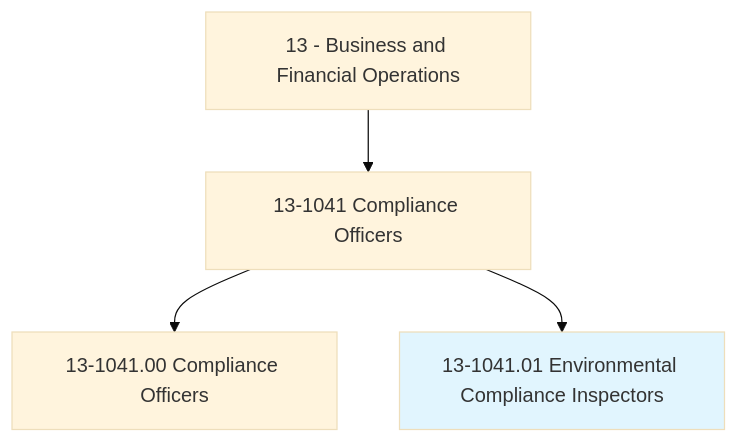
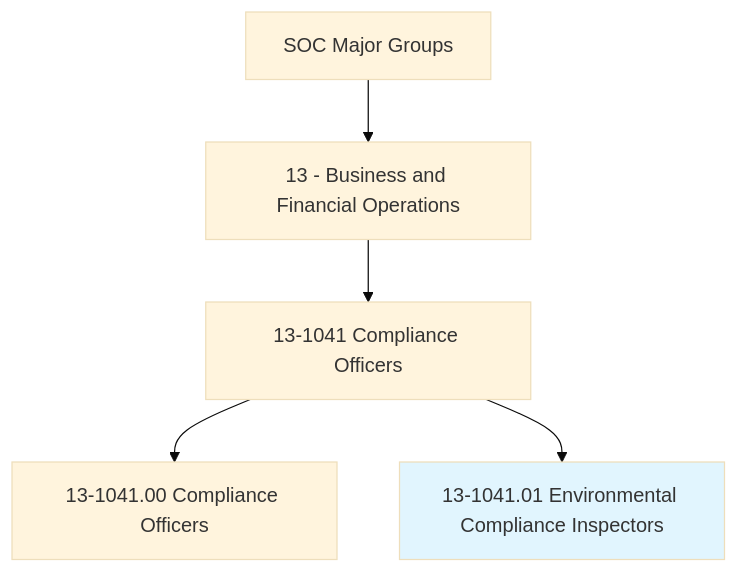
One commit to kziemski/business.org.ai changed the first of 4 diagrams in occupations/Business/EnvironmentalComplianceInspectors.mdx. Above: the diagram before and after it, drawn with Mermaid (base theme). The commit also changed other lines of this file and 938 other files, not shown here.

````diff
--- a/occupations/Business/EnvironmentalComplianceInspectors.mdx
+++ b/occupations/Business/EnvironmentalComplianceInspectors.mdx
@@ -19,7 +25,8 @@
 ```mermaid
 graph TD
-    Cat13["13 - Business and Financial Operations"] --> Group131041["13-1041 Compliance Officers"]
-    Group131041 --> Base["13-1041.00 Compliance Officers"]
-    Group131041 --> Current["13-1041.01 Environmental Compliance Inspectors"]
+    SOC["SOC Major Groups"] --> Cat13["13 - Business and Financial Operations"]
+    Cat13 --> G131041["13-1041 Compliance Officers"]
+    G131041 --> Base["13-1041.00 Compliance Officers"]
+    G131041 --> Current["13-1041.01 Environmental Compliance Inspectors"]
     style Current fill:#e1f5fe
 ```
````
